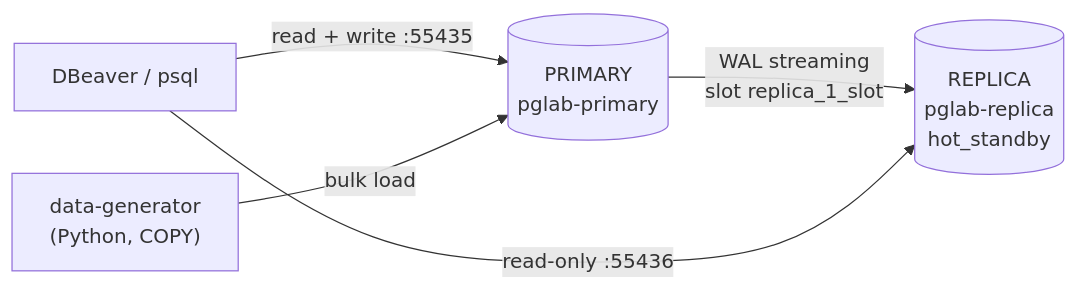
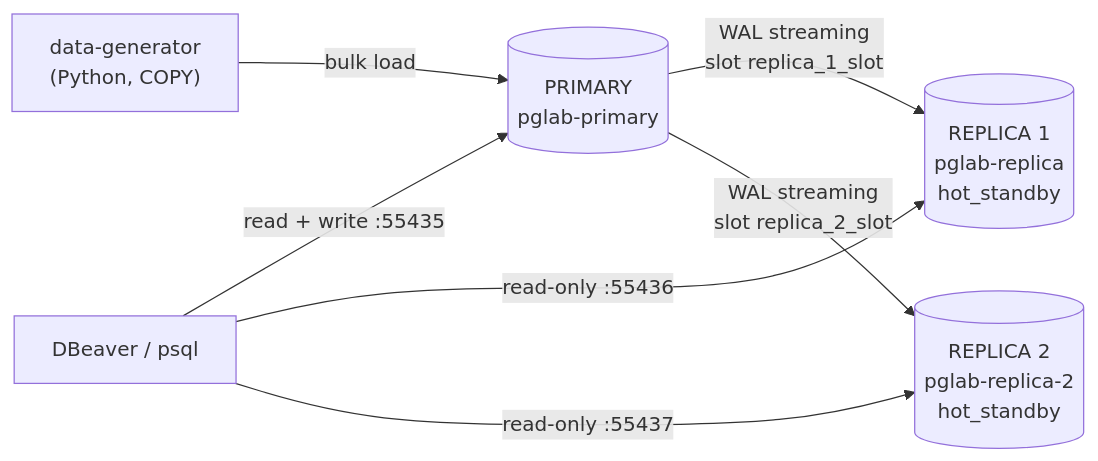
Before and after one commit to Huy-8bit/interview: the diagram in database/README.md, drawn with Mermaid. The commit also changed other lines of this file and 9 other files, not shown here.

````diff
--- a/database/README.md
+++ b/database/README.md
@@ -10,7 +12,9 @@
 ```mermaid
 flowchart LR
     DBeaver["DBeaver / psql"] -->|"read + write :55435"| P[("PRIMARY<br/>pglab-primary")]
     Gen["data-generator<br/>(Python, COPY)"] -->|"bulk load"| P
-    P -->|"WAL streaming<br/>slot replica_1_slot"| R[("REPLICA<br/>pglab-replica<br/>hot_standby")]
-    DBeaver -->|"read-only :55436"| R
+    P -->|"WAL streaming<br/>slot replica_1_slot"| R1[("REPLICA 1<br/>pglab-replica<br/>hot_standby")]
+    P -->|"WAL streaming<br/>slot replica_2_slot"| R2[("REPLICA 2<br/>pglab-replica-2<br/>hot_standby")]
+    DBeaver -->|"read-only :55436"| R1
+    DBeaver -->|"read-only :55437"| R2
 ```
````
